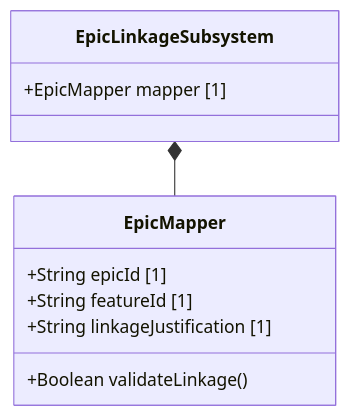
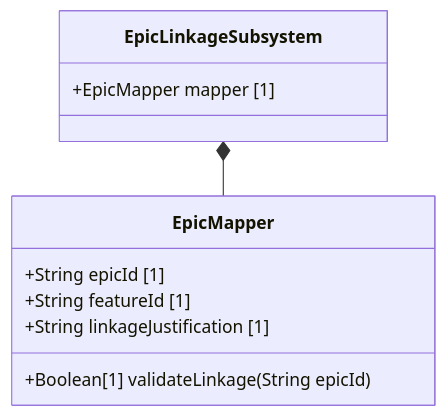
The diagram in docs/features/feat-18-parent-epic-linkage.md (gintatkinson/digital-pipeline-repo), drawn with Mermaid before and after one commit. The commit also changed 17 other files, not shown here.

````diff
--- a/docs/features/feat-18-parent-epic-linkage.md
+++ b/docs/features/feat-18-parent-epic-linkage.md
@@ -12,13 +12,13 @@
 ```mermaid
 classDiagram
     class EpicLinkageSubsystem {
         +EpicMapper mapper [1]
     }
     class EpicMapper {
         +String epicId [1]
         +String featureId [1]
         +String linkageJustification [1]
-        +Boolean validateLinkage()
+        +Boolean[1] validateLinkage(String epicId)
     }
     EpicLinkageSubsystem *-- EpicMapper
 ```
````
